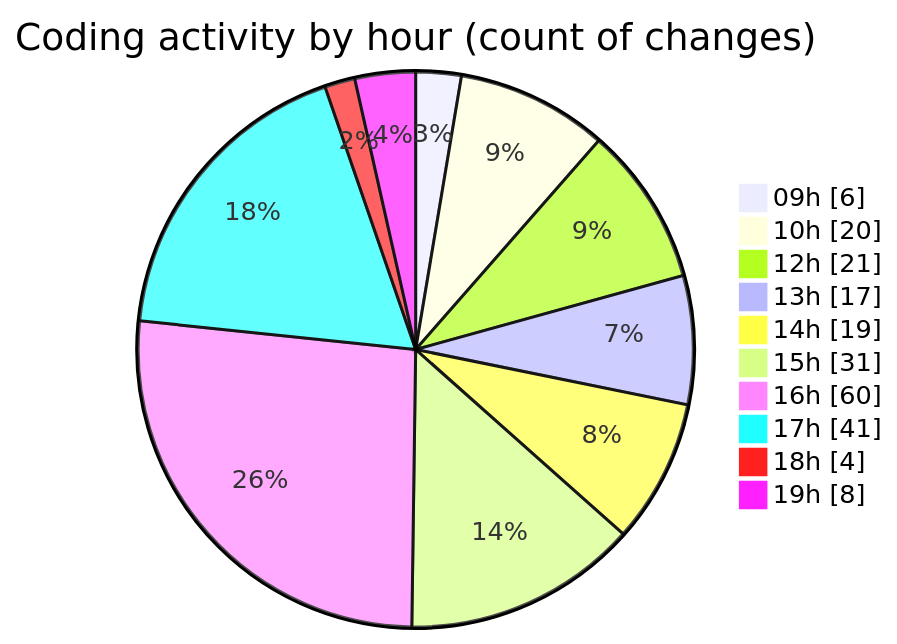
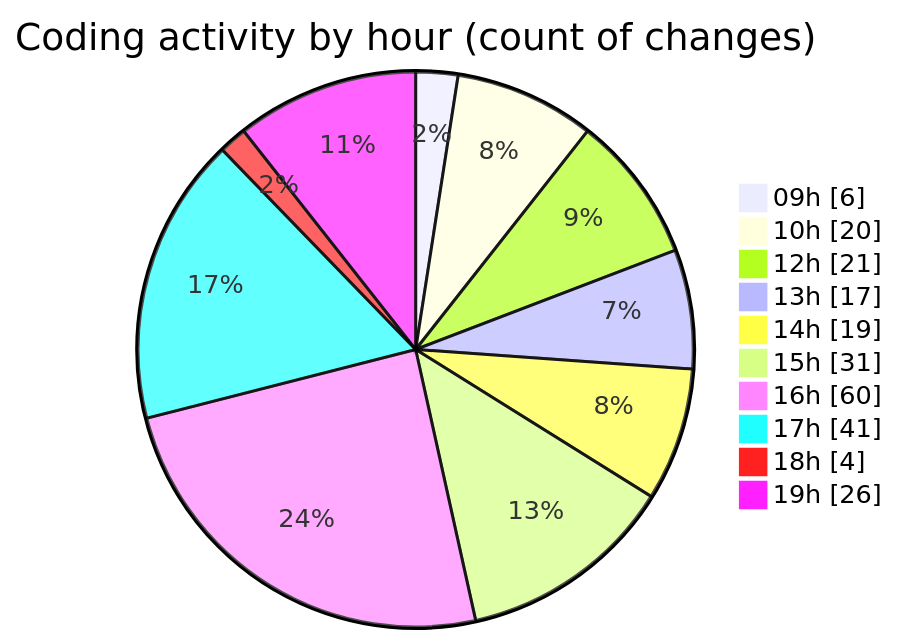
One commit to becaeroporto-bot/code-tracking changed the second of 2 diagrams in 2026-02-18/bot_v1_2/README.md. Above: the diagram before and after it, drawn with Mermaid. The commit also changed other lines of this file and 1 other file, not shown here.

````diff
--- a/2026-02-18/bot_v1_2/README.md
+++ b/2026-02-18/bot_v1_2/README.md
@@ -57,14 +57,14 @@
 ```mermaid
 pie showData
 title Coding activity by hour (count of changes)
 "09h" : 6
 "10h" : 20
 "12h" : 21
 "13h" : 17
 "14h" : 19
 "15h" : 31
 "16h" : 60
 "17h" : 41
 "18h" : 4
-"19h" : 8
+"19h" : 26
 ```
````
